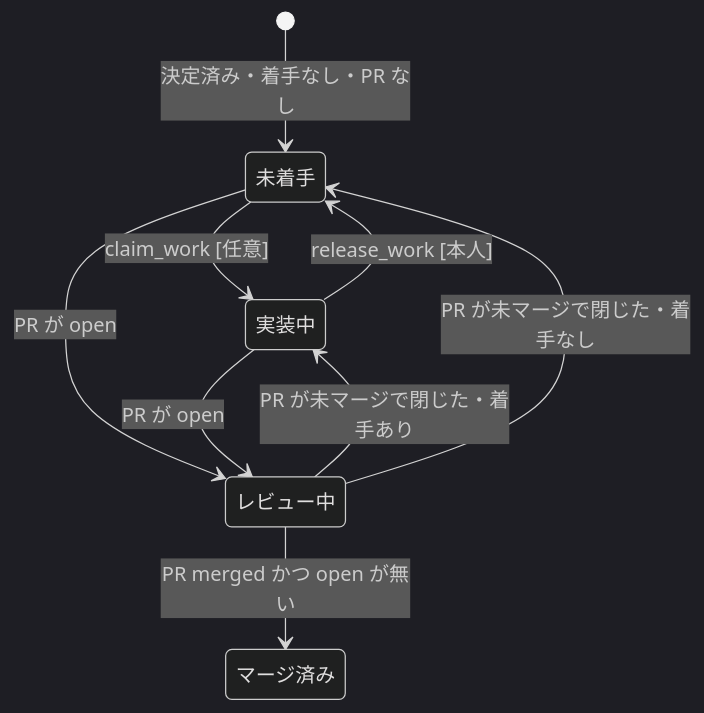
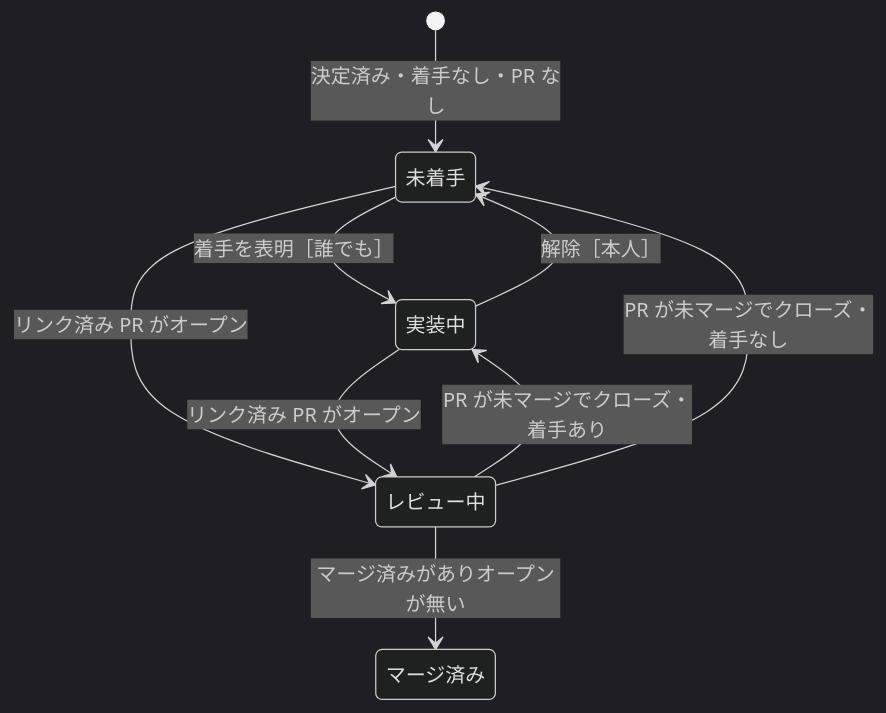
The sixth of 13 diagrams in docs/03-thread-state-machines.md (hskksk/comitia), drawn with Mermaid (dark theme) before and after one commit. The commit also changed other lines of this file, not shown here.

First line of the commit message:
docs(03): 状態遷移図のラベルを画面の文言に合わせる

````diff
--- a/docs/03-thread-state-machines.md
+++ b/docs/03-thread-state-machines.md
@@ -142,16 +168,16 @@
 ```mermaid
 stateDiagram-v2
     state "未着手" as unclaimed
     state "実装中" as in_progress
     state "レビュー中" as in_review
     state "マージ済み" as merged
 
     [*] --> unclaimed: 決定済み・着手なし・PR なし
-    unclaimed --> in_progress: claim_work [任意]
-    in_progress --> unclaimed: release_work [本人]
-    unclaimed --> in_review: PR が open
-    in_progress --> in_review: PR が open
-    in_review --> merged: PR merged かつ open が無い
-    in_review --> in_progress: PR が未マージで閉じた・着手あり
-    in_review --> unclaimed: PR が未マージで閉じた・着手なし
+    unclaimed --> in_progress: 着手を表明［誰でも］
+    in_progress --> unclaimed: 解除［本人］
+    unclaimed --> in_review: リンク済み PR がオープン
+    in_progress --> in_review: リンク済み PR がオープン
+    in_review --> merged: マージ済みがありオープンが無い
+    in_review --> in_progress: PR が未マージでクローズ・着手あり
+    in_review --> unclaimed: PR が未マージでクローズ・着手なし
 ```
````
